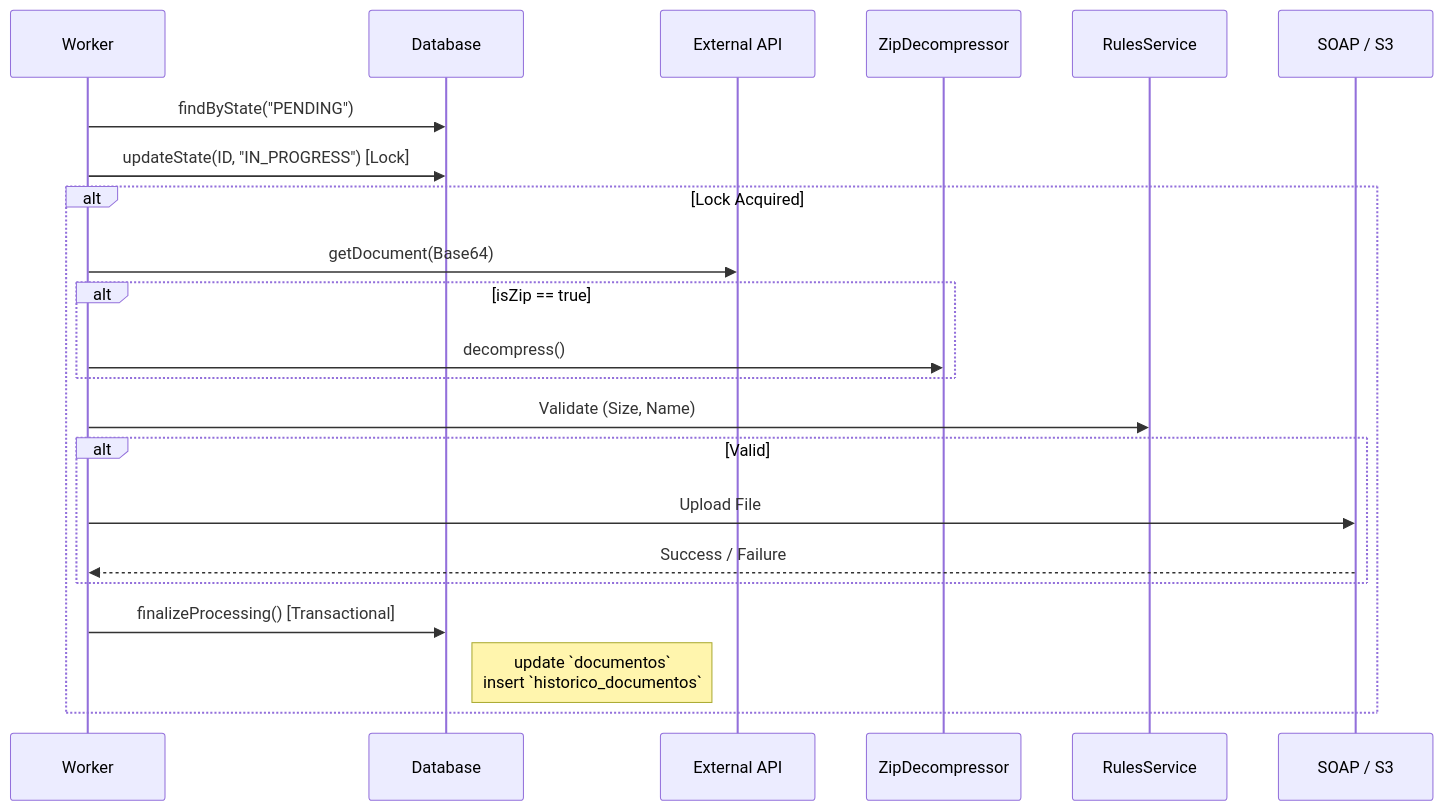
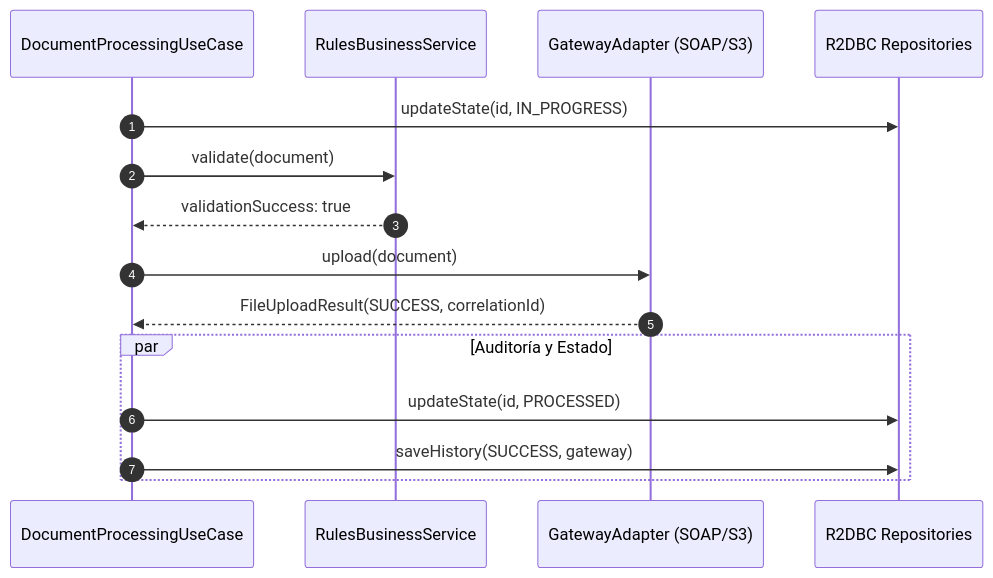
One commit to Alexander2305Potosi/ms_send_document changed the fourth of 5 diagrams in README.md. Above: the diagram before and after it, drawn with Mermaid. The commit also changed other lines of this file, not shown here.

````diff
--- a/README.md
+++ b/README.md
@@ -133,26 +289,20 @@
 ```mermaid
 sequenceDiagram
-    participant Worker
-    participant DB as Database
-    participant ExtAPI as External API
-    participant Zip as ZipDecompressor
-    participant Rules as RulesService
-    participant Gateway as SOAP / S3
+    autonumber
+    participant UC as DocumentProcessingUseCase
+    participant Rules as RulesBusinessService
+    participant Adapter as GatewayAdapter (SOAP/S3)
+    participant Repos as R2DBC Repositories
+
+    UC->>Repos: updateState(id, IN_PROGRESS)
+    UC->>Rules: validate(document)
+    Rules-->>UC: validationSuccess: true
     
-    Worker->>DB: findByState("PENDING")
-    Worker->>DB: updateState(ID, "IN_PROGRESS") [Lock]
+    UC->>Adapter: upload(document)
+    Adapter-->>UC: FileUploadResult(SUCCESS, correlationId)
     
-    alt Lock Acquired
-        Worker->>ExtAPI: getDocument(Base64)
-        alt isZip == true
-            Worker->>Zip: decompress()
-        end
-        Worker->>Rules: Validate (Size, Name)
-        alt Valid
-            Worker->>Gateway: Upload File
-            Gateway-->>Worker: Success / Failure
-        end
-        Worker->>DB: finalizeProcessing() [Transactional]
-        Note right of DB: update `documentos`<br/>insert `historico_documentos`
+    par Auditoría y Estado
+        UC->>Repos: updateState(id, PROCESSED)
+        UC->>Repos: saveHistory(SUCCESS, gateway)
     end
 ```
````
